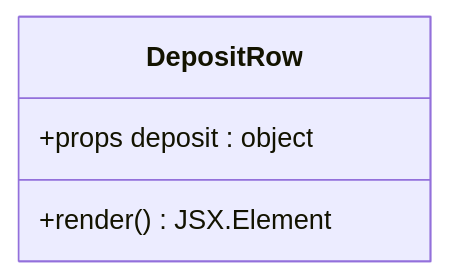
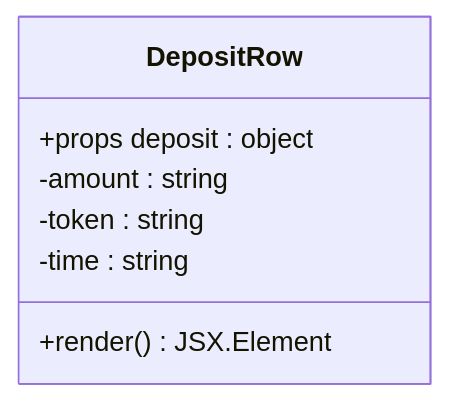
Before and after one commit to KaranMakani/deposit-fixer: the sixth of 9 diagrams in .qoder/repowiki/en/content/Technical Architecture/Application Components.md, drawn with Mermaid. The commit also changed other lines of this file and 10 other files, not shown here.

````diff
--- a/.qoder/repowiki/en/content/Technical Architecture/Application Components.md
+++ b/.qoder/repowiki/en/content/Technical Architecture/Application Components.md
@@ -261,7 +307,10 @@
 ```mermaid
 classDiagram
 class DepositRow {
 +props deposit : object
 +render() JSX.Element
+-amount : string
+-token : string
+-time : string
 }
 ```
````
